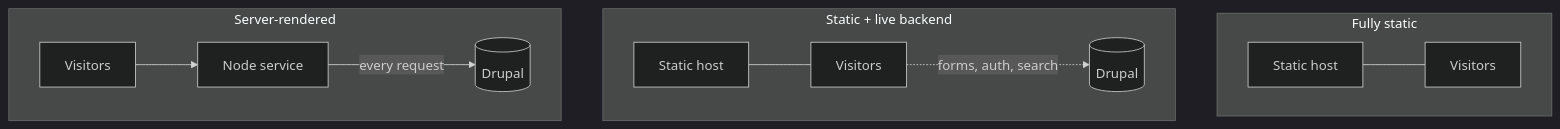
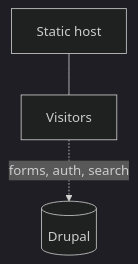
One commit to druxt/druxt.js changed the second of 3 diagrams in docs/nuxt/content/explanation/deployment-models.md. Above: the diagram before and after it, drawn with Mermaid (dark theme). The commit also changed other lines of this file and 28 other files, not shown here.

````diff
--- a/docs/nuxt/content/explanation/deployment-models.md
+++ b/docs/nuxt/content/explanation/deployment-models.md
@@ -28,15 +51,6 @@
 ```mermaid
-%% The three deployment models and what keeps talking to Drupal
+%% Static plus live backend: pages from the static host, live features from Drupal
 flowchart TB
-  subgraph m1 [Fully static]
-    H1[Static host] --- V1[Visitors]
-  end
-  subgraph m2 [Static + live backend]
-    H2[Static host] --- V2[Visitors]
-    V2 -.->|"forms, auth, search"| D2[(Drupal)]
-  end
-  subgraph m3 [Server-rendered]
-    V3[Visitors] --> N3[Node service]
-    N3 -->|every request| D3[(Drupal)]
-  end
+  H2[Static host] --- V2[Visitors]
+  V2 -.->|"forms, auth, search"| D2[(Drupal)]
 ```
````
